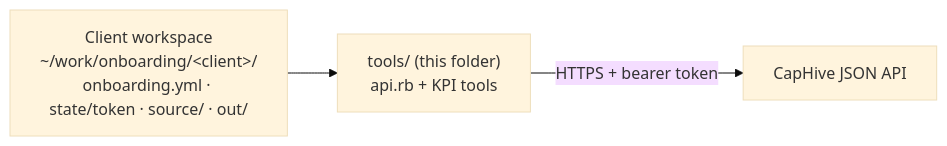
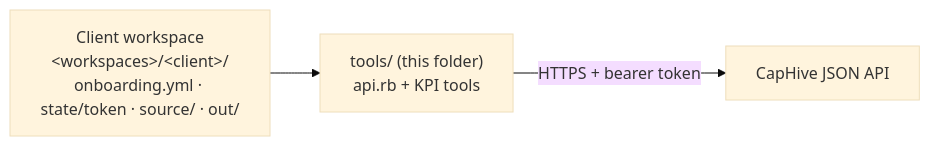
Before and after one commit to sampadadiwan/IRM_CompanyMain: the first of 5 diagrams in .claude/skills/client-onboarding/tools/README.md, drawn with Mermaid (base theme). The commit also changed other lines of this file and 8 other files, not shown here.

First line of the commit message:
client-onboarding: run on Windows as well as Linux (BU users) (#1857)

````diff
--- a/.claude/skills/client-onboarding/tools/README.md
+++ b/.claude/skills/client-onboarding/tools/README.md
@@ -7,5 +7,5 @@
 ```mermaid
 flowchart LR
-  W["Client workspace<br/>~/work/onboarding/&lt;client&gt;/<br/>onboarding.yml · state/token · source/ · out/"] --> T["tools/ (this folder)<br/>api.rb + KPI tools"]
+  W["Client workspace<br/>&lt;workspaces&gt;/&lt;client&gt;/<br/>onboarding.yml · state/token · source/ · out/"] --> T["tools/ (this folder)<br/>api.rb + KPI tools"]
   T -- "HTTPS + bearer token" --> A["CapHive JSON API"]
 ```
````
